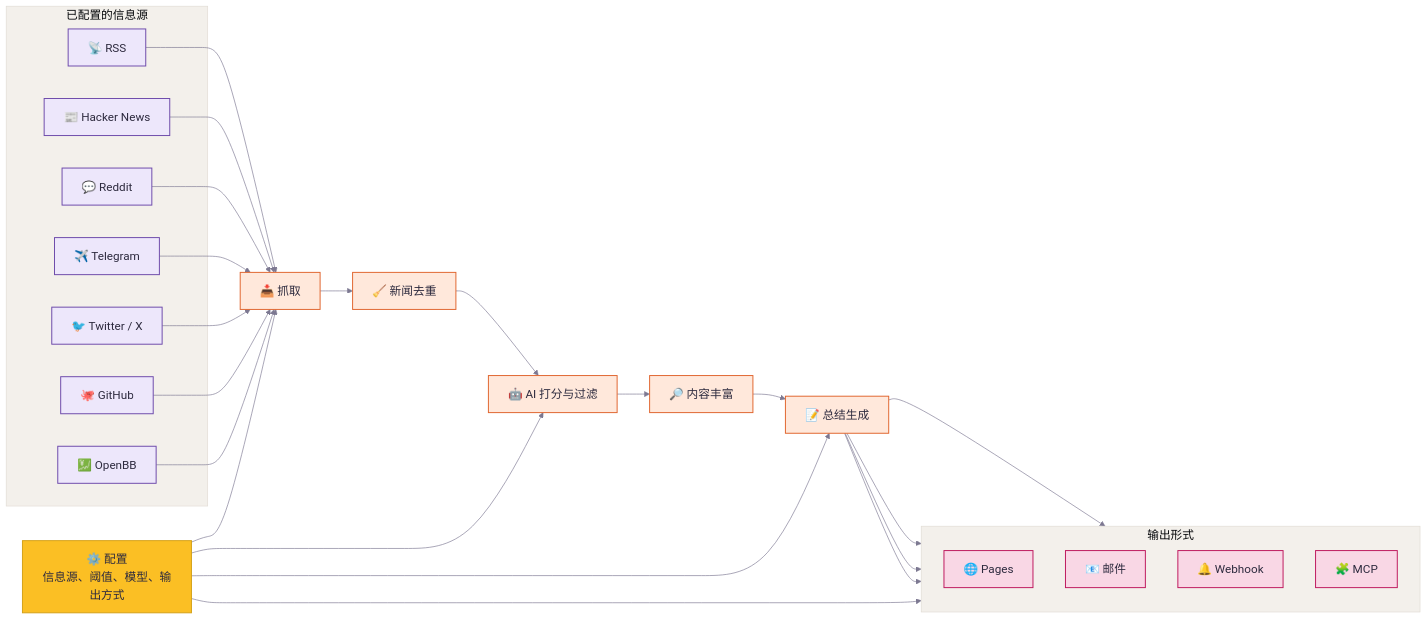
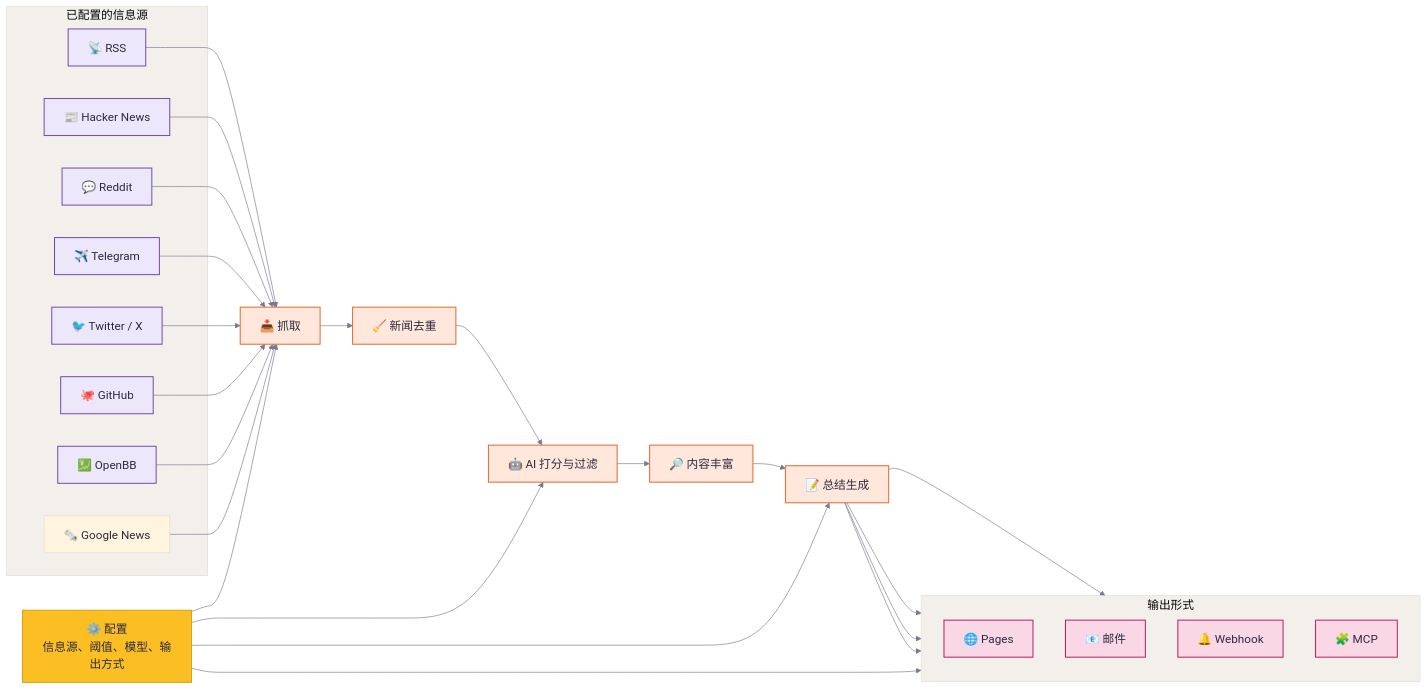
One commit to ChiosYang/Horizon changed the diagram in README_zh.md. Above: the diagram before and after it, drawn with Mermaid. The commit also changed other lines of this file and 28 other files, not shown here.

````diff
--- a/README_zh.md
+++ b/README_zh.md
@@ -94,70 +94,72 @@
 ```mermaid
 %%{init: {
   "theme": "base",
   "themeVariables": {
     "fontFamily": "ui-sans-serif, system-ui, -apple-system, BlinkMacSystemFont, Segoe UI, sans-serif",
     "fontSize": "18px",
     "primaryTextColor": "#2d2a3e",
     "primaryBorderColor": "#e0dbd3",
     "lineColor": "#7c7891",
     "tertiaryColor": "#faf8f5",
     "clusterBkg": "#f3f0eb",
     "clusterBorder": "#e0dbd3"
   }
 }}%%
 flowchart LR
     classDef config fill:#fbbf24,stroke:#d4a017,color:#2d2a3e,stroke-width:1.5px;
     classDef source fill:#ede7fb,stroke:#6d4aaa,color:#2d2a3e,stroke-width:1.5px;
     classDef process fill:#ffe8db,stroke:#e0652e,color:#2d2a3e,stroke-width:1.5px;
     classDef output fill:#f9d7e5,stroke:#be185d,color:#2d2a3e,stroke-width:1.5px;
 
     config["⚙️ 配置<br/>信息源、阈值、模型、输出方式"]
 
      subgraph sources["已配置的信息源"]
          rss["📡 RSS"]
          hn["📰 Hacker News"]
          reddit["💬 Reddit"]
          telegram["✈️ Telegram"]
          twitter["🐦 Twitter / X"]
          github["🐙 GitHub"]
          openbb["💹 OpenBB"]
+         google_news["🗞️ Google News"]
       end
 
     fetch["📥 抓取"]
     dedup["🧹 新闻去重"]
     score["🤖 AI 打分与过滤"]
     enrich["🔎 内容丰富"]
     summary["📝 总结生成"]
 
     subgraph outputs["输出形式"]
         direction TB
         site["🌐 Pages"]
         email["📧 邮件"]
         webhook["🔔 Webhook"]
         mcp["🧩 MCP"]
     end
 
      config --> fetch
      rss --> fetch
      hn --> fetch
      reddit --> fetch
       telegram --> fetch
       twitter --> fetch
       github --> fetch
       openbb --> fetch
+      google_news --> fetch
 
     fetch --> dedup --> score --> enrich --> summary
     config --> score
     config --> summary
     config --> outputs
 
     summary --> site
     summary --> email
     summary --> webhook
     summary --> mcp
 
     class config config
     class rss,hn,reddit,telegram,twitter,github,openbb source
     class fetch,dedup,score,enrich,summary process
     class site,email,webhook,mcp output
 ```
````
